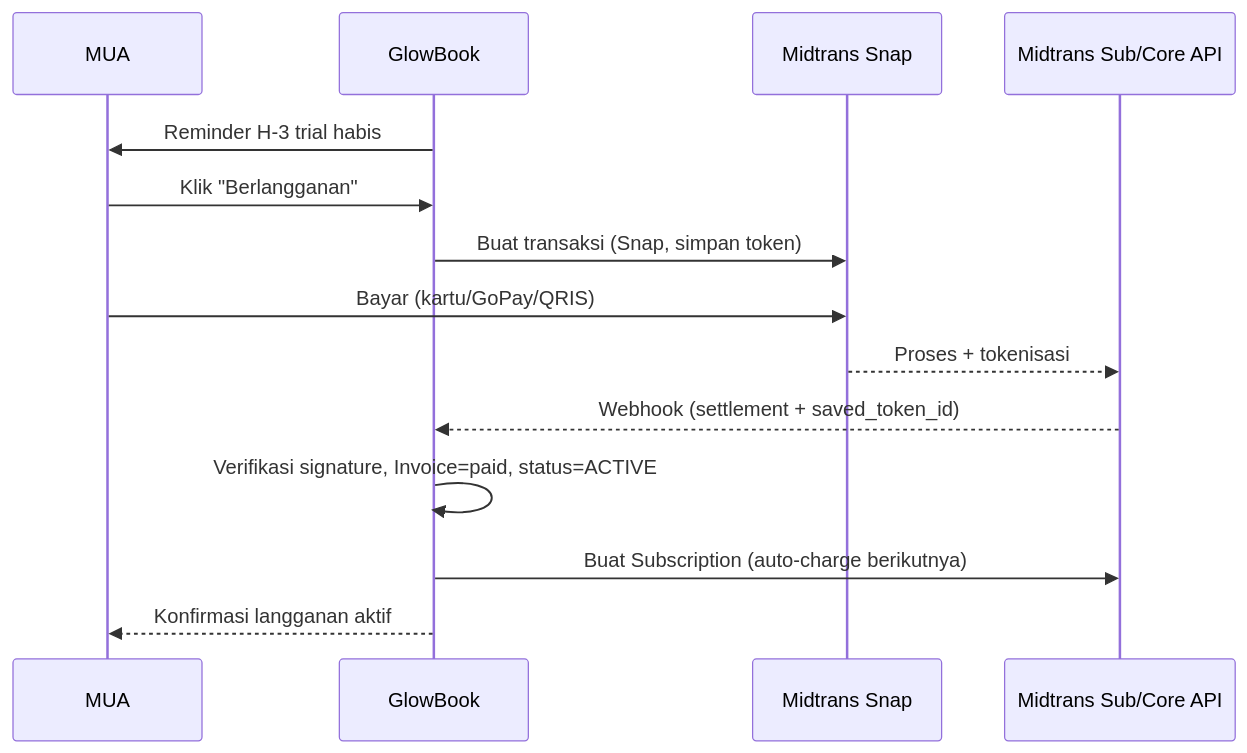
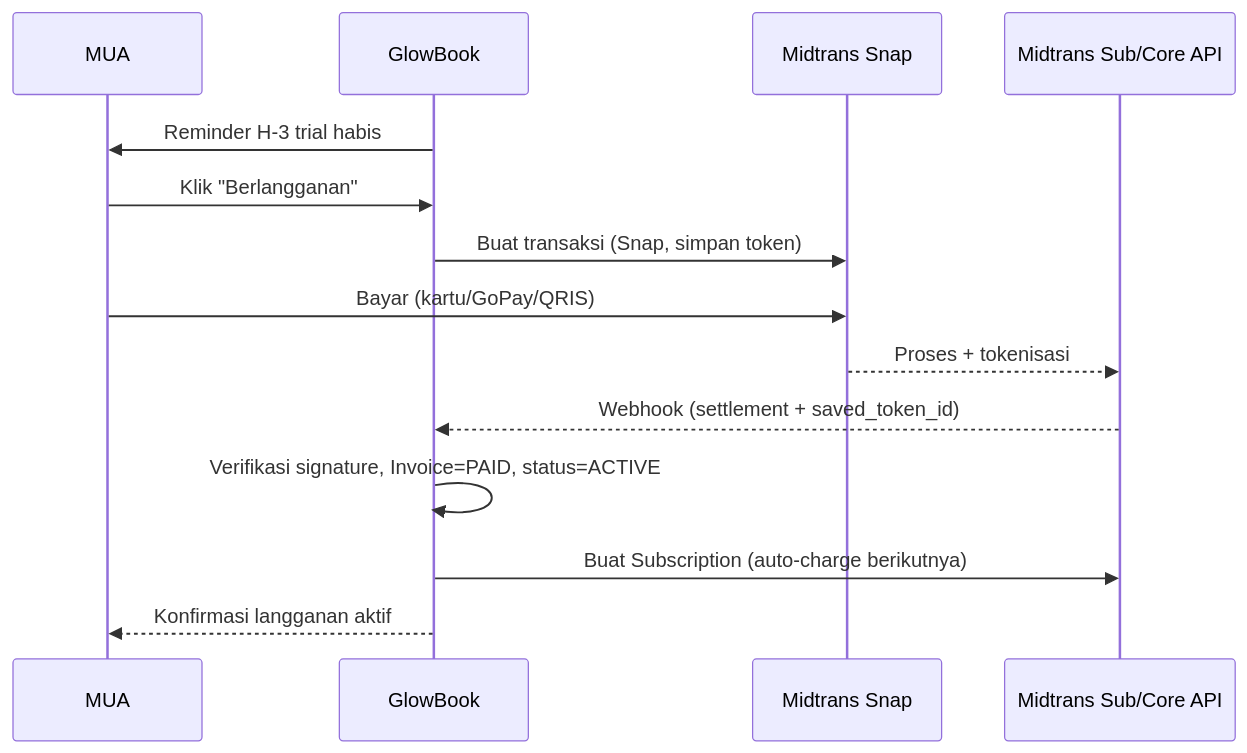
One commit to Marchelinoraco/mua changed the second of 2 diagrams in docs/features/F07-langganan-midtrans.md. Above: the diagram before and after it, drawn with Mermaid. The commit also changed other lines of this file and 339 other files, not shown here.

````diff
--- a/docs/features/F07-langganan-midtrans.md
+++ b/docs/features/F07-langganan-midtrans.md
@@ -84,16 +102,16 @@
 ```mermaid
 sequenceDiagram
   participant M as MUA
   participant GB as GlowBook
   participant SN as Midtrans Snap
   participant MT as Midtrans Sub/Core API
   GB->>M: Reminder H-3 trial habis
   M->>GB: Klik "Berlangganan"
   GB->>SN: Buat transaksi (Snap, simpan token)
   M->>SN: Bayar (kartu/GoPay/QRIS)
   SN-->>MT: Proses + tokenisasi
   MT-->>GB: Webhook (settlement + saved_token_id)
-  GB->>GB: Verifikasi signature, Invoice=paid, status=ACTIVE
+  GB->>GB: Verifikasi signature, Invoice=PAID, status=ACTIVE
   GB->>MT: Buat Subscription (auto-charge berikutnya)
   GB-->>M: Konfirmasi langganan aktif
 ```
````
